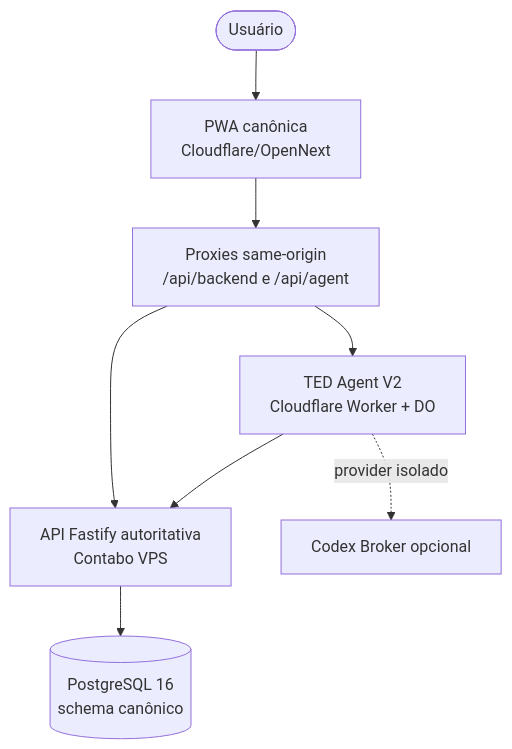
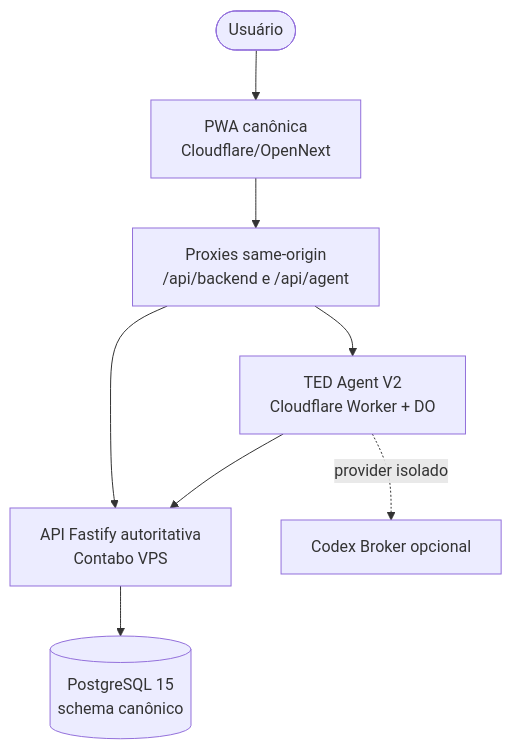
The diagram in docs/ARCHITECTURE-CURRENT.md (kust-projetos/meu-ted), drawn with Mermaid before and after one commit. The commit also changed other lines of this file and 45 other files, not shown here.

````diff
--- a/docs/ARCHITECTURE-CURRENT.md
+++ b/docs/ARCHITECTURE-CURRENT.md
@@ -8,10 +8,10 @@
 ```mermaid
 graph TD
     User([Usuário]) --> PWA[PWA canônica<br/>Cloudflare/OpenNext]
     PWA --> Proxy[Proxies same-origin<br/>/api/backend e /api/agent]
     Proxy --> API[API Fastify autoritativa<br/>Contabo VPS]
     Proxy --> Agent[TED Agent V2<br/>Cloudflare Worker + DO]
     Agent --> API
     Agent -. provider isolado .-> Broker[Codex Broker opcional]
-    API --> Postgres[(PostgreSQL 16<br/>schema canônico)]
+    API --> Postgres[(PostgreSQL 15<br/>schema canônico)]
 ```
````
